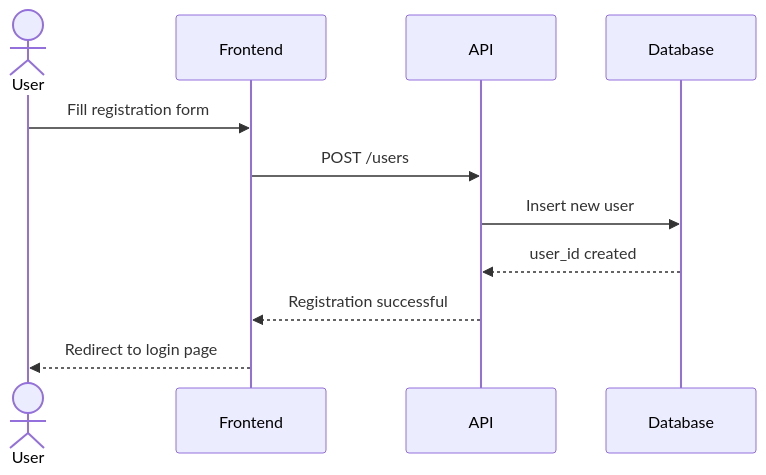
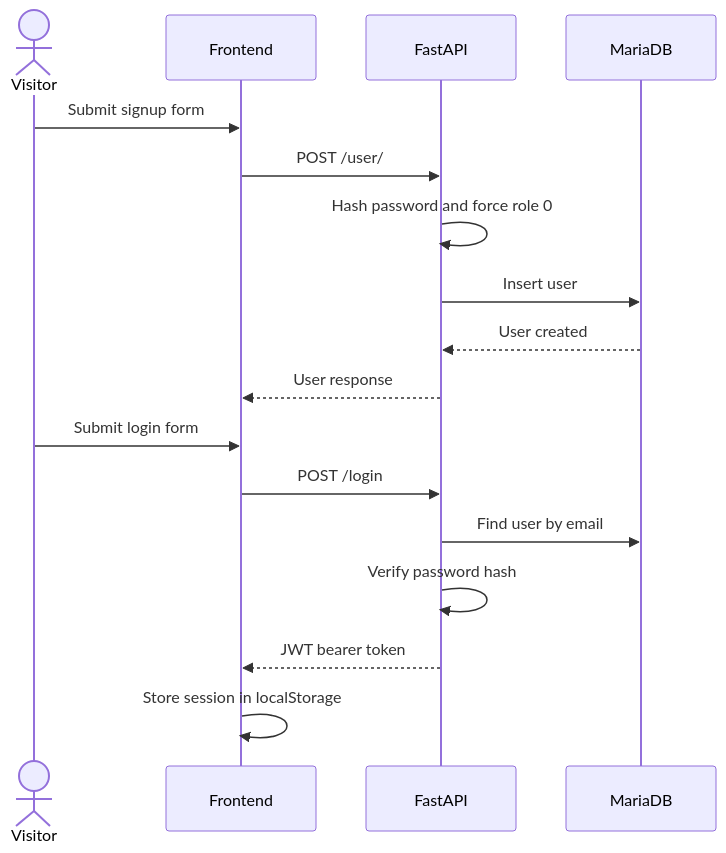
Before and after one commit to wbt2526/team-7: the first of 5 diagrams in doc/sequence-diagrams.md, drawn with Mermaid. The commit also changed other lines of this file and 15 other files, not shown here.

````diff
--- a/doc/sequence-diagrams.md
+++ b/doc/sequence-diagrams.md
@@ -5,14 +5,21 @@
 ```mermaid
 sequenceDiagram
-actor User
-participant Frontend
-participant API
-participant DB as Database
+    actor Visitor
+    participant Frontend
+    participant API as FastAPI
+    participant DB as MariaDB
 
-User->>Frontend: Fill registration form
-Frontend->>API: POST /users
-API->>DB: Insert new user
-DB-->>API: user_id created
-API-->>Frontend: Registration successful
-Frontend-->>User: Redirect to login page
+    Visitor->>Frontend: Submit signup form
+    Frontend->>API: POST /user/
+    API->>API: Hash password and force role 0
+    API->>DB: Insert user
+    DB-->>API: User created
+    API-->>Frontend: User response
+
+    Visitor->>Frontend: Submit login form
+    Frontend->>API: POST /login
+    API->>DB: Find user by email
+    API->>API: Verify password hash
+    API-->>Frontend: JWT bearer token
+    Frontend->>Frontend: Store session in localStorage
 ```
````
